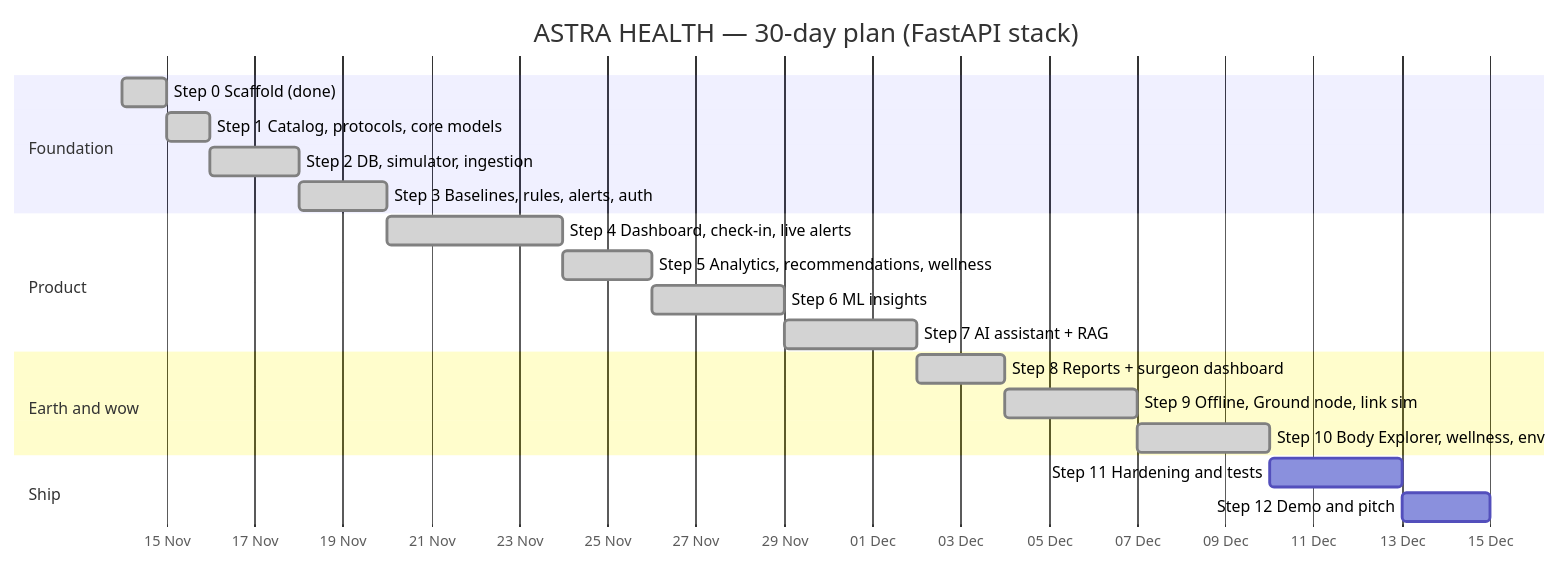
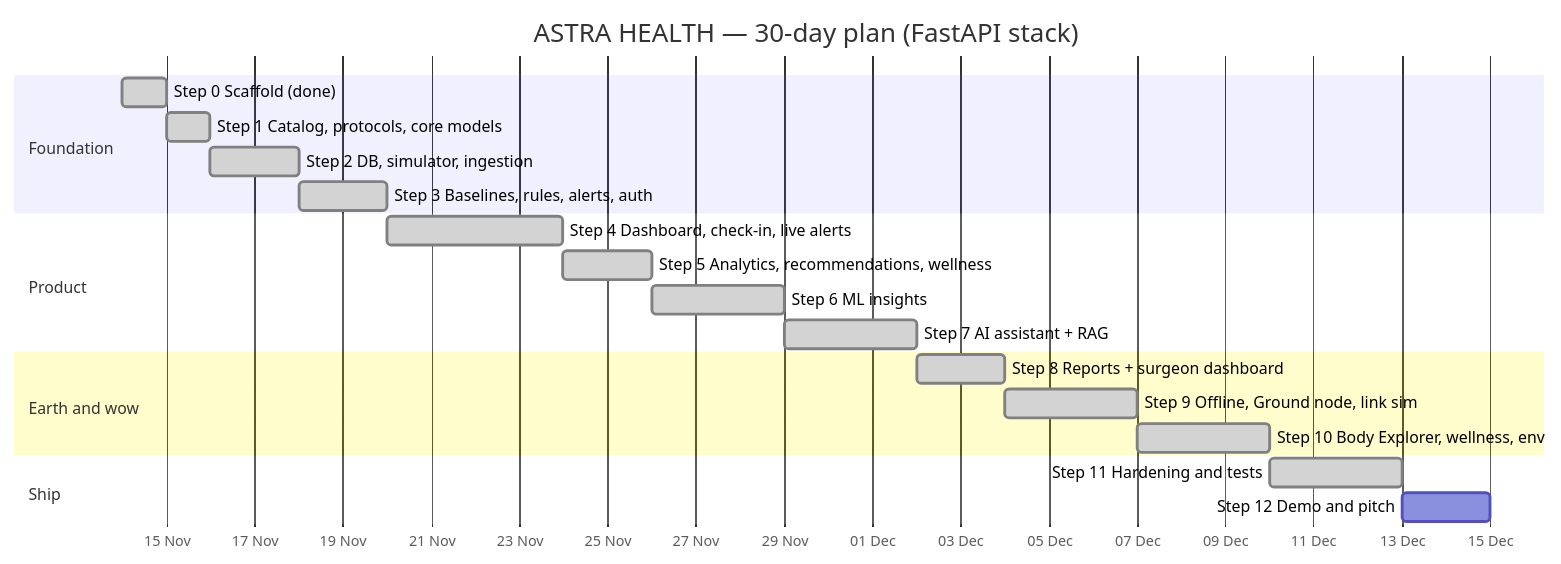
The diagram in docs/04-Implementation-Plan.md (Tarun9076/Astra-Health), drawn with Mermaid before and after one commit. The commit also changed other lines of this file and 8 other files, not shown here.

Commit message:
docs: document Step 11 hardening and evaluation and regenerate PDFs

````diff
--- a/docs/04-Implementation-Plan.md
+++ b/docs/04-Implementation-Plan.md
@@ -34,23 +34,23 @@
 ```mermaid
 gantt
     title ASTRA HEALTH — 30-day plan (FastAPI stack)
     dateFormat  YYYY-MM-DD
     axisFormat  %d %b
     section Foundation
     Step 0 Scaffold (done)               :done, s0, 2026-11-14, 1d
     Step 1 Catalog, protocols, core models :done, s1, after s0, 1d
     Step 2 DB, simulator, ingestion      :done, s2, after s1, 2d
     Step 3 Baselines, rules, alerts, auth :done, s3, after s2, 2d
     section Product
     Step 4 Dashboard, check-in, live alerts :done, s4, after s3, 4d
     Step 5 Analytics, recommendations, wellness :done, s5, after s4, 2d
     Step 6 ML insights                   :done, s6, after s5, 3d
     Step 7 AI assistant + RAG            :done, s7, after s6, 3d
     section Earth and wow
     Step 8 Reports + surgeon dashboard   :done, s8, after s7, 2d
     Step 9 Offline, Ground node, link sim :done, s9, after s8, 3d
     Step 10 Body Explorer, wellness, env :done, s10, after s9, 3d
     section Ship
-    Step 11 Hardening and tests          :s11, after s10, 3d
+    Step 11 Hardening and tests          :done, s11, after s10, 3d
     Step 12 Demo and pitch               :s12, after s11, 2d
 ```
````
